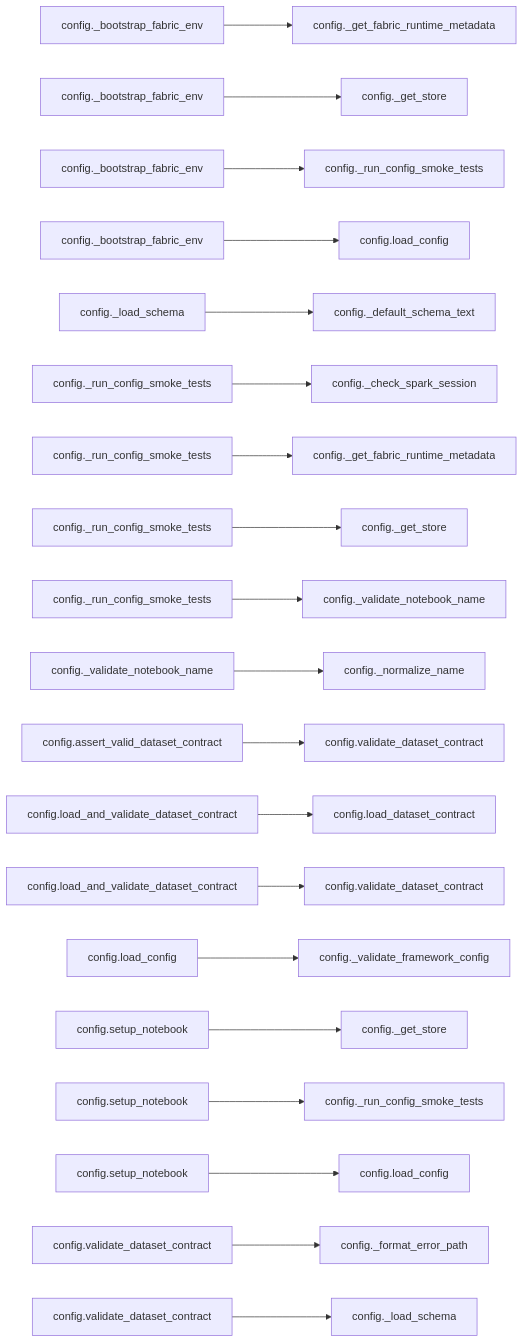
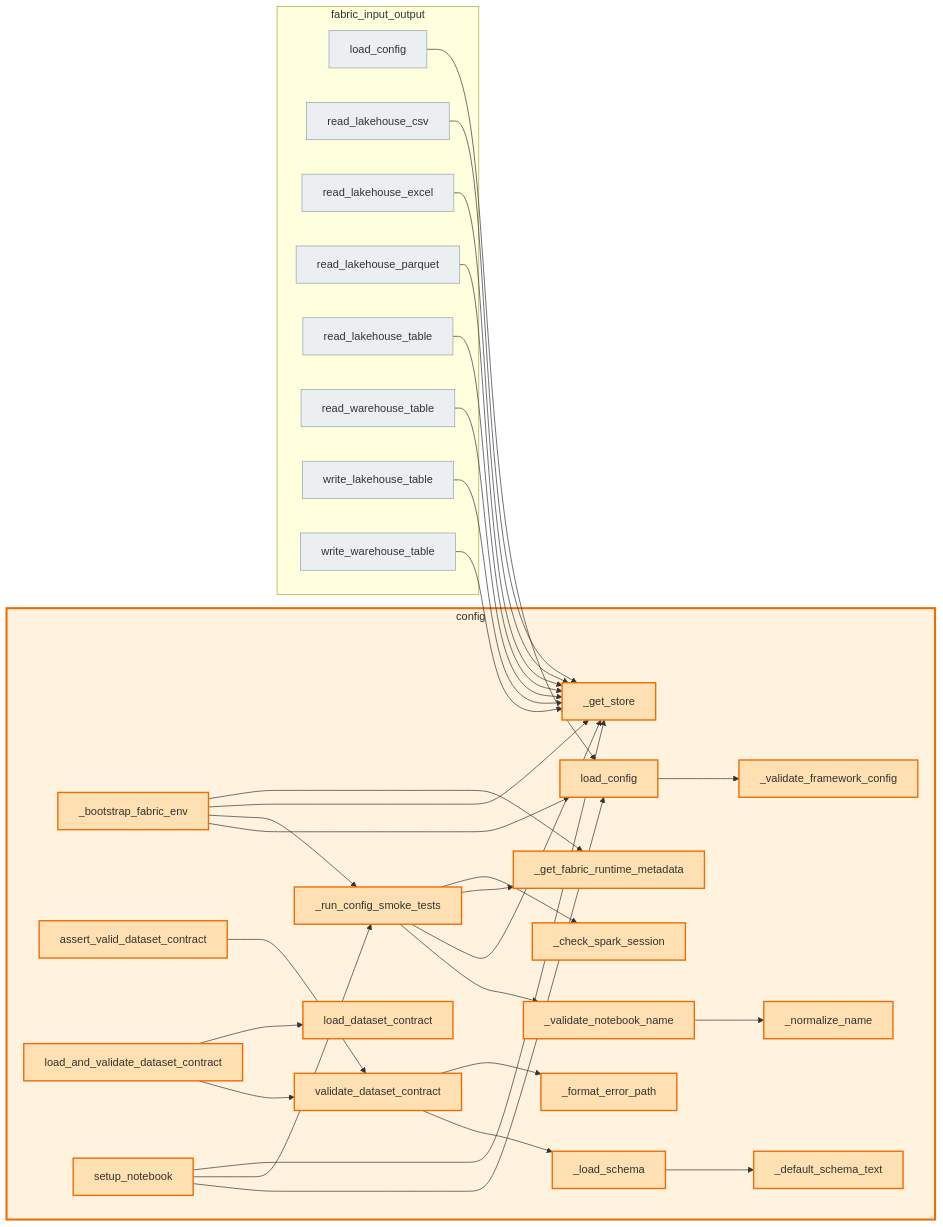
Before and after one commit to Voycepeh/FabricOps-Starter-Kit: the diagram in docs/api/modules/config.md, drawn with Mermaid. The commit also changed other lines of this file and 15 other files, not shown here.

Commit message:
Redesign module callable dependency visuals

````diff
--- a/docs/api/modules/config.md
+++ b/docs/api/modules/config.md
@@ -128,22 +125,66 @@
 ```mermaid
 flowchart LR
-  n1["config._bootstrap_fabric_env"] --> n1b["config._get_fabric_runtime_metadata"]
-  n2["config._bootstrap_fabric_env"] --> n2b["config._get_store"]
-  n3["config._bootstrap_fabric_env"] --> n3b["config._run_config_smoke_tests"]
-  n4["config._bootstrap_fabric_env"] --> n4b["config.load_config"]
-  n5["config._load_schema"] --> n5b["config._default_schema_text"]
-  n6["config._run_config_smoke_tests"] --> n6b["config._check_spark_session"]
-  n7["config._run_config_smoke_tests"] --> n7b["config._get_fabric_runtime_metadata"]
-  n8["config._run_config_smoke_tests"] --> n8b["config._get_store"]
-  n9["config._run_config_smoke_tests"] --> n9b["config._validate_notebook_name"]
-  n10["config._validate_notebook_name"] --> n10b["config._normalize_name"]
-  n11["config.assert_valid_dataset_contract"] --> n11b["config.validate_dataset_contract"]
-  n12["config.load_and_validate_dataset_contract"] --> n12b["config.load_dataset_contract"]
-  n13["config.load_and_validate_dataset_contract"] --> n13b["config.validate_dataset_contract"]
-  n14["config.load_config"] --> n14b["config._validate_framework_config"]
-  n15["config.setup_notebook"] --> n15b["config._get_store"]
-  n16["config.setup_notebook"] --> n16b["config._run_config_smoke_tests"]
-  n17["config.setup_notebook"] --> n17b["config.load_config"]
-  n18["config.validate_dataset_contract"] --> n18b["config._format_error_path"]
-  n19["config.validate_dataset_contract"] --> n19b["config._load_schema"]
+  classDef currentModule fill:#fff3e0,stroke:#ef6c00,stroke-width:3px,color:#3e2723;
+  classDef externalModule fill:#f5f5f5,stroke:#9e9e9e,stroke-width:1px,color:#616161;
+  classDef currentCallable fill:#ffe0b2,stroke:#ef6c00,stroke-width:2px;
+  classDef externalCallable fill:#eceff1,stroke:#90a4ae,stroke-width:1px;
+  subgraph m_config[config]
+    fabricops_kit_config__bootstrap_fabric_env["_bootstrap_fabric_env"]
+    fabricops_kit_config__check_spark_session["_check_spark_session"]
+    fabricops_kit_config__default_schema_text["_default_schema_text"]
+    fabricops_kit_config__format_error_path["_format_error_path"]
+    fabricops_kit_config__get_fabric_runtime_metadata["_get_fabric_runtime_metadata"]
+    fabricops_kit_config__get_store["_get_store"]
+    fabricops_kit_config__load_schema["_load_schema"]
+    fabricops_kit_config__normalize_name["_normalize_name"]
+    fabricops_kit_config__run_config_smoke_tests["_run_config_smoke_tests"]
+    fabricops_kit_config__validate_framework_config["_validate_framework_config"]
+    fabricops_kit_config__validate_notebook_name["_validate_notebook_name"]
+    fabricops_kit_config_assert_valid_dataset_contract["assert_valid_dataset_contract"]
+    fabricops_kit_config_load_and_validate_dataset_contract["load_and_validate_dataset_contract"]
+    fabricops_kit_config_load_config["load_config"]
+    fabricops_kit_config_load_dataset_contract["load_dataset_contract"]
+    fabricops_kit_config_setup_notebook["setup_notebook"]
+    fabricops_kit_config_validate_dataset_contract["validate_dataset_contract"]
+  end
+  subgraph m_fabric_input_output[fabric_input_output]
+    fabricops_kit_fabric_input_output_load_config["load_config"]
+    fabricops_kit_fabric_input_output_read_lakehouse_csv["read_lakehouse_csv"]
+    fabricops_kit_fabric_input_output_read_lakehouse_excel["read_lakehouse_excel"]
+    fabricops_kit_fabric_input_output_read_lakehouse_parquet["read_lakehouse_parquet"]
+    fabricops_kit_fabric_input_output_read_lakehouse_table["read_lakehouse_table"]
+    fabricops_kit_fabric_input_output_read_warehouse_table["read_warehouse_table"]
+    fabricops_kit_fabric_input_output_write_lakehouse_table["write_lakehouse_table"]
+    fabricops_kit_fabric_input_output_write_warehouse_table["write_warehouse_table"]
+  end
+  fabricops_kit_config__bootstrap_fabric_env --> fabricops_kit_config__get_fabric_runtime_metadata
+  fabricops_kit_config__bootstrap_fabric_env --> fabricops_kit_config__get_store
+  fabricops_kit_config__bootstrap_fabric_env --> fabricops_kit_config__run_config_smoke_tests
+  fabricops_kit_config__bootstrap_fabric_env --> fabricops_kit_config_load_config
+  fabricops_kit_config__load_schema --> fabricops_kit_config__default_schema_text
+  fabricops_kit_config__run_config_smoke_tests --> fabricops_kit_config__check_spark_session
+  fabricops_kit_config__run_config_smoke_tests --> fabricops_kit_config__get_fabric_runtime_metadata
+  fabricops_kit_config__run_config_smoke_tests --> fabricops_kit_config__get_store
+  fabricops_kit_config__run_config_smoke_tests --> fabricops_kit_config__validate_notebook_name
+  fabricops_kit_config__validate_notebook_name --> fabricops_kit_config__normalize_name
+  fabricops_kit_config_assert_valid_dataset_contract --> fabricops_kit_config_validate_dataset_contract
+  fabricops_kit_config_load_and_validate_dataset_contract --> fabricops_kit_config_load_dataset_contract
+  fabricops_kit_config_load_and_validate_dataset_contract --> fabricops_kit_config_validate_dataset_contract
+  fabricops_kit_config_load_config --> fabricops_kit_config__validate_framework_config
+  fabricops_kit_config_setup_notebook --> fabricops_kit_config__get_store
+  fabricops_kit_config_setup_notebook --> fabricops_kit_config__run_config_smoke_tests
+  fabricops_kit_config_setup_notebook --> fabricops_kit_config_load_config
+  fabricops_kit_config_validate_dataset_contract --> fabricops_kit_config__format_error_path
+  fabricops_kit_config_validate_dataset_contract --> fabricops_kit_config__load_schema
+  fabricops_kit_fabric_input_output_load_config --> fabricops_kit_config_load_config
+  fabricops_kit_fabric_input_output_read_lakehouse_csv --> fabricops_kit_config__get_store
+  fabricops_kit_fabric_input_output_read_lakehouse_excel --> fabricops_kit_config__get_store
+  fabricops_kit_fabric_input_output_read_lakehouse_parquet --> fabricops_kit_config__get_store
+  fabricops_kit_fabric_input_output_read_lakehouse_table --> fabricops_kit_config__get_store
+  fabricops_kit_fabric_input_output_read_warehouse_table --> fabricops_kit_config__get_store
+  fabricops_kit_fabric_input_output_write_lakehouse_table --> fabricops_kit_config__get_store
+  fabricops_kit_fabric_input_output_write_warehouse_table --> fabricops_kit_config__get_store
+  class m_config currentModule;
+  class fabricops_kit_config__bootstrap_fabric_env,fabricops_kit_config__check_spark_session,fabricops_kit_config__default_schema_text,fabricops_kit_config__format_error_path,fabricops_kit_config__get_fabric_runtime_metadata,fabricops_kit_config__get_store,fabricops_kit_config__load_schema,fabricops_kit_config__normalize_name,fabricops_kit_config__run_config_smoke_tests,fabricops_kit_config__validate_framework_config,fabricops_kit_config__validate_notebook_name,fabricops_kit_config_assert_valid_dataset_contract,fabricops_kit_config_load_and_validate_dataset_contract,fabricops_kit_config_load_config,fabricops_kit_config_load_dataset_contract,fabricops_kit_config_setup_notebook,fabricops_kit_config_validate_dataset_contract currentCallable;
+  class fabricops_kit_fabric_input_output_load_config,fabricops_kit_fabric_input_output_read_lakehouse_csv,fabricops_kit_fabric_input_output_read_lakehouse_excel,fabricops_kit_fabric_input_output_read_lakehouse_parquet,fabricops_kit_fabric_input_output_read_lakehouse_table,fabricops_kit_fabric_input_output_read_warehouse_table,fabricops_kit_fabric_input_output_write_lakehouse_table,fabricops_kit_fabric_input_output_write_warehouse_table externalCallable;
 ```
````
